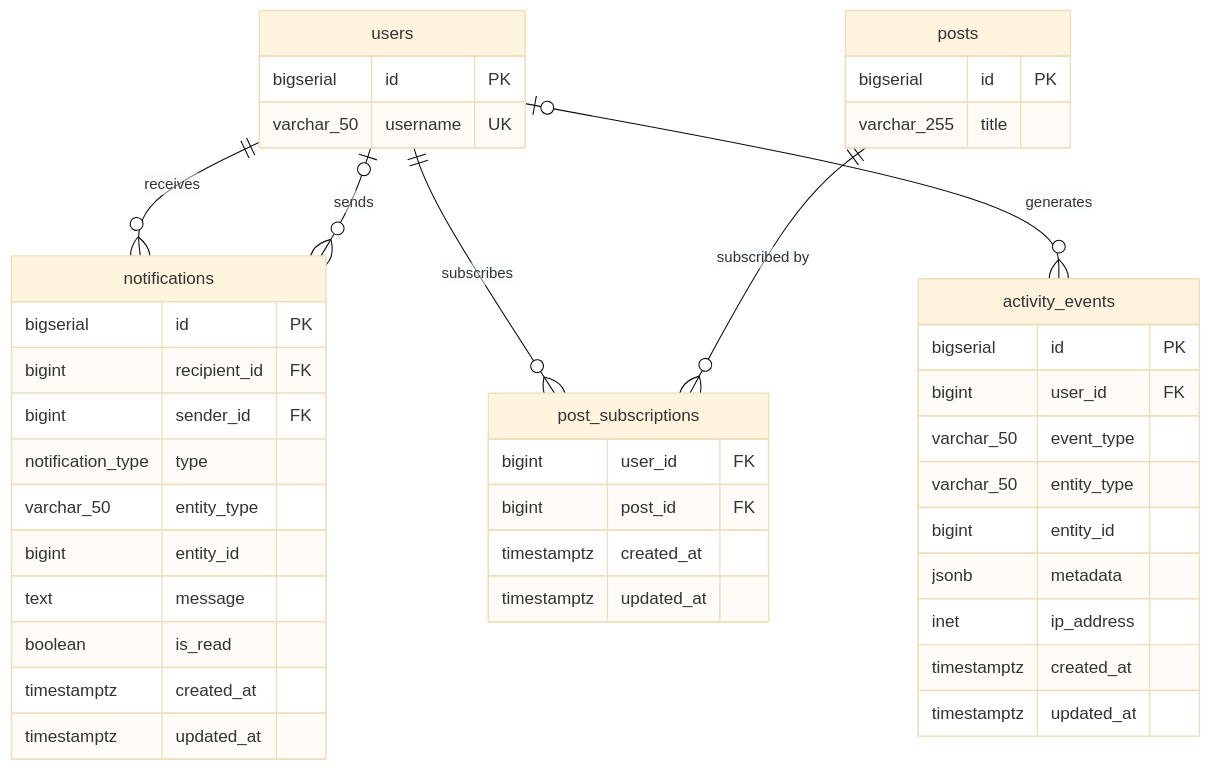
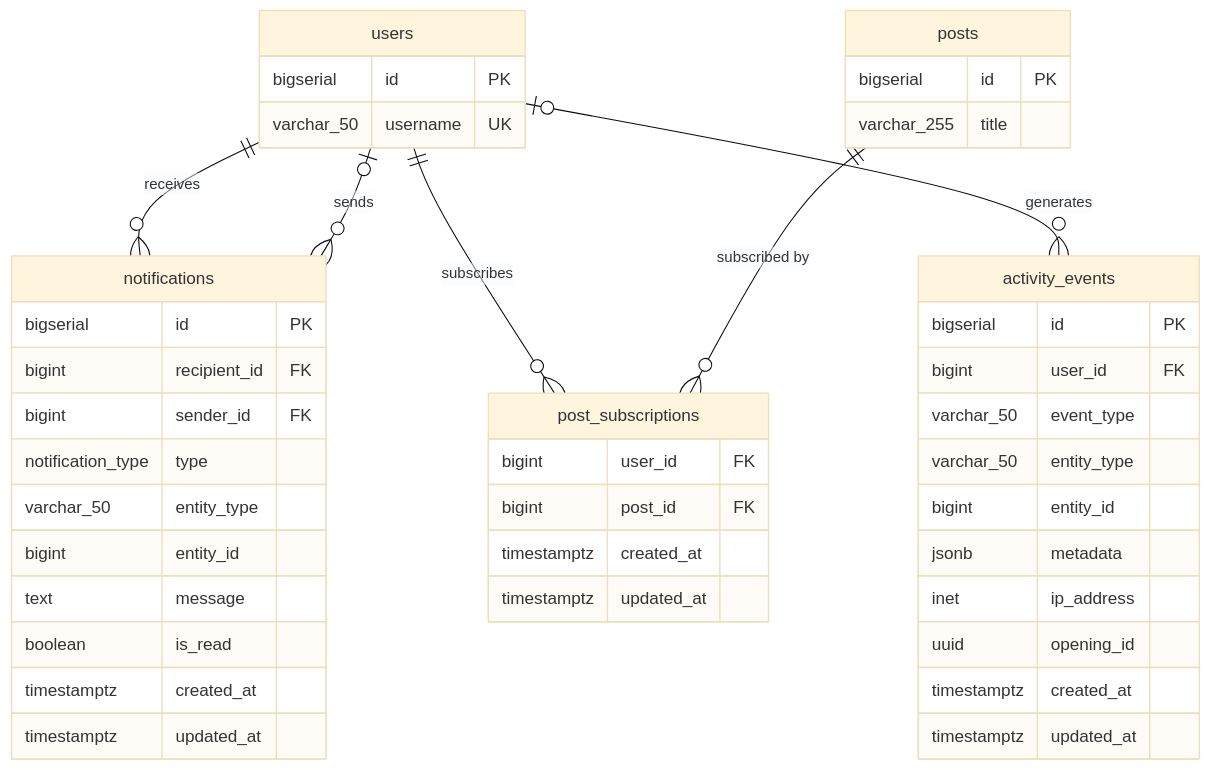
Before and after one commit to Project-Wdrozeniowy/Project-Wdrozeniowy: the diagram in docs/db-schema-social.mmd, drawn with Mermaid (base theme). The commit also changed 21 other files, not shown here.

```diff
--- a/docs/db-schema-social.mmd
+++ b/docs/db-schema-social.mmd
@@ -1,48 +1,49 @@
 erDiagram
     users {
         bigserial id PK
         varchar_50 username UK
     }
 
     posts {
         bigserial id PK
         varchar_255 title
     }
 
     notifications {
         bigserial id PK
         bigint recipient_id FK
         bigint sender_id FK
         notification_type type
         varchar_50 entity_type
         bigint entity_id
         text message
         boolean is_read
         timestamptz created_at
         timestamptz updated_at
     }
 
     post_subscriptions {
         bigint user_id FK
         bigint post_id FK
         timestamptz created_at
         timestamptz updated_at
     }
 
     activity_events {
         bigserial id PK
         bigint user_id FK
         varchar_50 event_type
         varchar_50 entity_type
         bigint entity_id
         jsonb metadata
         inet ip_address
+        uuid opening_id
         timestamptz created_at
         timestamptz updated_at
     }
 
     users ||--o{ notifications : "receives"
     users o|--o{ notifications : "sends"
     users ||--o{ post_subscriptions : "subscribes"
     users o|--o{ activity_events : "generates"
     posts ||--o{ post_subscriptions : "subscribed by"
```
